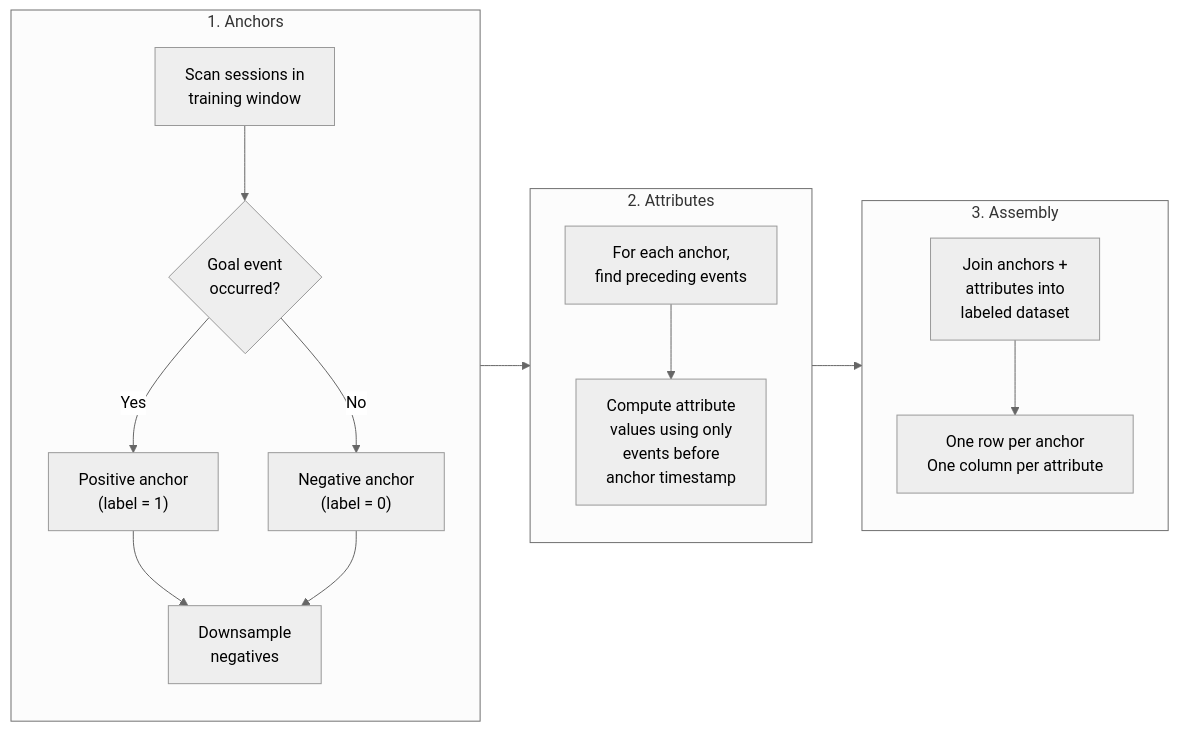
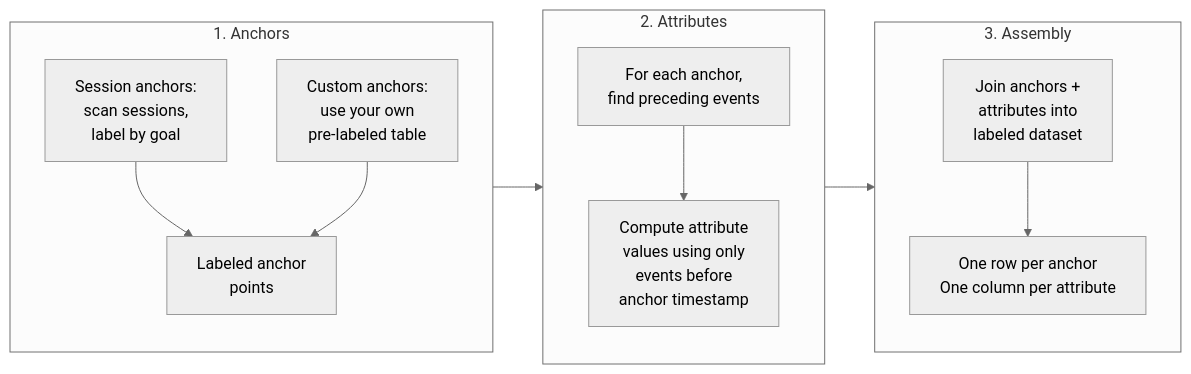
Before and after one commit to snowplow/documentation: the diagram in docs/signals/ml-training-datasets/index.md, drawn with Mermaid (neutral theme). The commit also changed other lines of this file, not shown here.

````diff
--- a/docs/signals/ml-training-datasets/index.md
+++ b/docs/signals/ml-training-datasets/index.md
@@ -38,23 +50,20 @@
 ```mermaid
 flowchart LR
     subgraph stage1["1. Anchors"]
         direction TB
-        A1["Scan sessions in<br>training window"] --> A2{"Goal event<br>occurred?"}
-        A2 -- Yes --> A3["Positive anchor<br>(label = 1)"]
-        A2 -- No --> A4["Negative anchor<br>(label = 0)"]
-        A3 --> A5["Downsample<br>negatives"]
-        A4 --> A5
+        A1["Session anchors:<br>scan sessions,<br>label by goal"] --> A5["Labeled anchor<br>points"]
+        A6["Custom anchors:<br>use your own<br>pre-labeled table"] --> A5
     end
 
     subgraph stage2["2. Attributes"]
         direction TB
         B1["For each anchor,<br>find preceding events"] --> B2["Compute attribute<br>values using only<br>events before<br>anchor timestamp"]
     end
 
     subgraph stage3["3. Assembly"]
         direction TB
         C1["Join anchors +<br>attributes into<br>labeled dataset"] --> C2["One row per anchor<br>One column per attribute"]
     end
 
     stage1 --> stage2 --> stage3
 ```
````
